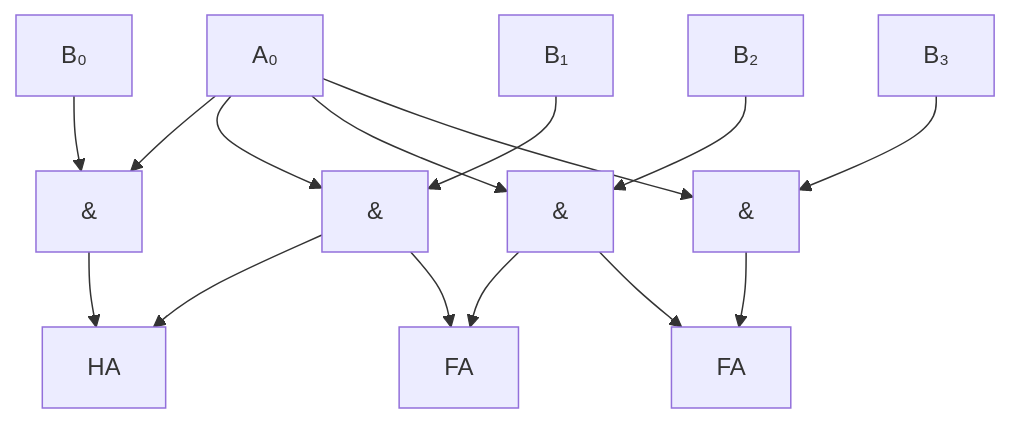
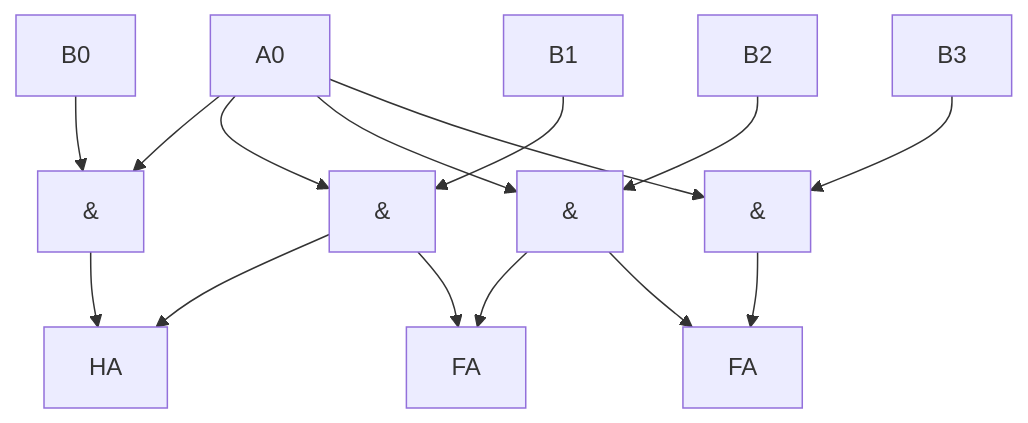
One commit to Raushan666java/ai-engineering-journey changed the first of 3 diagrams in docs/courses/digital-logic/11-arithmetic-circuits.md. Above: the diagram before and after it, drawn with Mermaid. The commit also changed other lines of this file and 790 other files, not shown here.

Commit message:
Sync all course diagram renders and content updates

````diff
--- a/docs/courses/digital-logic/11-arithmetic-circuits.md
+++ b/docs/courses/digital-logic/11-arithmetic-circuits.md
@@ -38,17 +38,17 @@
 ```mermaid
 graph TD
-    A0[A₀] --> AND00[&]
-    B0[B₀] --> AND00
+    A0[A0] --> AND00[&]
+    B0[B0] --> AND00
     A0 --> AND01[&]
-    B1[B₁] --> AND01
+    B1[B1] --> AND01
     A0 --> AND02[&]
-    B2[B₂] --> AND02
+    B2[B2] --> AND02
     AND00 --> HA0[HA]
     AND01 --> HA0
     AND01 --> FA0[FA]
     AND02 --> FA0
     AND02 --> FA1[FA]
     A0 --> AND03[&]
-    B3[B₃] --> AND03
+    B3[B3] --> AND03
     AND03 --> FA1
 ```
````
